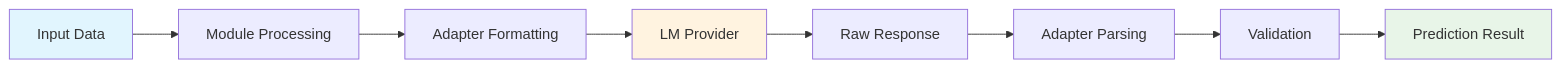
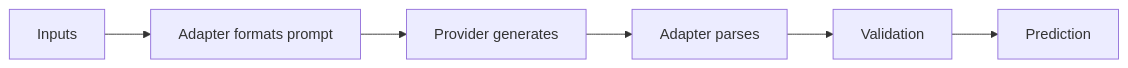
The second of 2 diagrams in README.md (assagman/dsgo), drawn with Mermaid before and after one commit. The commit also changed other lines of this file and 19 other files, not shown here.

````diff
--- a/README.md
+++ b/README.md
@@ -145,14 +51,8 @@
 ```mermaid
 flowchart LR
-    A[Input Data] --> B[Module Processing]
-    B --> C[Adapter Formatting]
-    C --> D[LM Provider]
-    D --> E[Raw Response]
-    E --> F[Adapter Parsing]
-    F --> G[Validation]
-    G --> H[Prediction Result]
-
-    style A fill:#e1f5fe
-    style H fill:#e8f5e8
-    style D fill:#fff3e0
+  A[Inputs] --> B[Adapter formats prompt]
+  B --> C[Provider generates]
+  C --> D[Adapter parses]
+  D --> E[Validation]
+  E --> F[Prediction]
 ```
````
